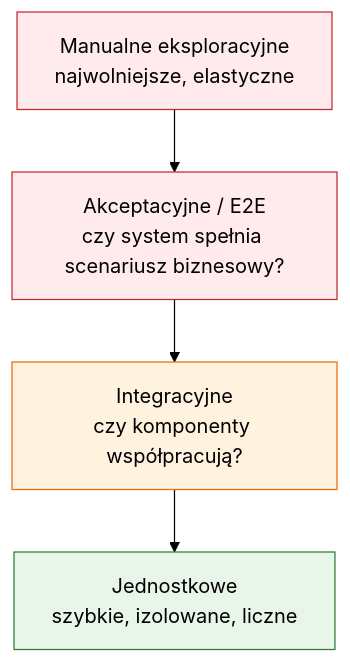
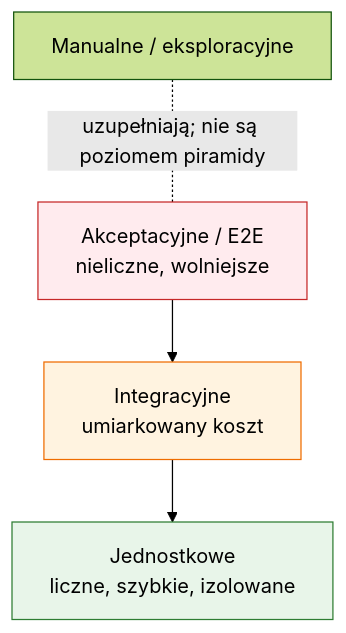
Before and after one commit to tborzyszkowski/python-test: the first of 2 diagrams in src/02-TDD/02-test-pyramid-quadrants/README.md, drawn with Mermaid (forest theme). The commit also changed other lines of this file and 10 other files, not shown here.

Commit message:
feat: Enhance TDD documentation with diagrams and examples for better clarity

````diff
--- a/src/02-TDD/02-test-pyramid-quadrants/README.md
+++ b/src/02-TDD/02-test-pyramid-quadrants/README.md
@@ -14,15 +16,17 @@
 ```mermaid
 flowchart TB
-    M["Manualne eksploracyjne<br/>najwolniejsze, elastyczne"]
-    A["Akceptacyjne / E2E<br/>czy system spełnia scenariusz biznesowy?"]
-    I["Integracyjne<br/>czy komponenty współpracują?"]
-    U["Jednostkowe<br/>szybkie, izolowane, liczne"]
-    M --> A --> I --> U
+    A["Akceptacyjne / E2E<br/>nieliczne, wolniejsze"]
+    I["Integracyjne<br/>umiarkowany koszt"]
+    U["Jednostkowe<br/>liczne, szybkie, izolowane"]
+    A --> I --> U
+    X["Manualne / eksploracyjne"]
+    X -. "uzupełniają; nie są poziomem piramidy" .- A
 
     classDef expensive fill:#ffebee,stroke:#c62828
     classDef medium fill:#fff3e0,stroke:#ef6c00
     classDef cheap fill:#e8f5e9,stroke:#2e7d32
-    class M,A expensive
+    classDef complementary fill:#e3f2fd,stroke:#1565c0
+    class A expensive
     class I medium
     class U cheap
 ```
````
